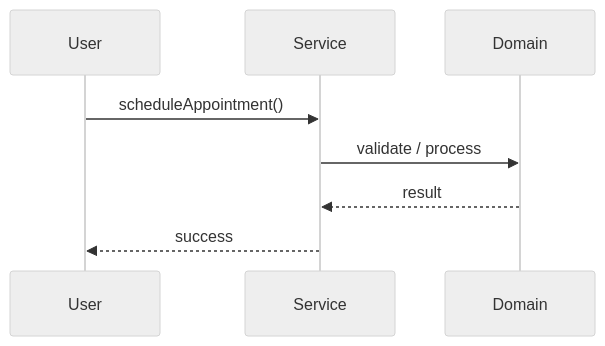
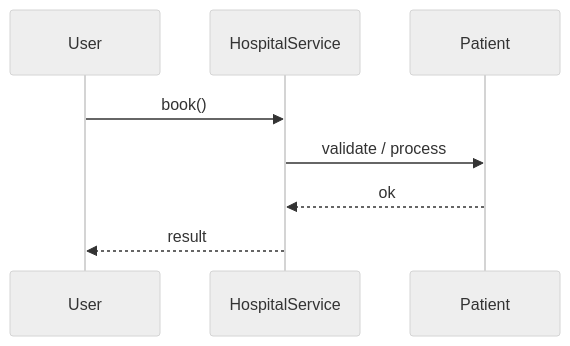
The second of 3 diagrams in Learn/System Design - Low Level Design/02-classic-ood/questions/Q35-hospital-management.md (madhupaila/Interview-Prep-SSE), drawn with Mermaid (neutral theme) before and after one commit. The commit also changed other lines of this file and 491 other files, not shown here.

````diff
--- a/Learn/System Design - Low Level Design/02-classic-ood/questions/Q35-hospital-management.md
+++ b/Learn/System Design - Low Level Design/02-classic-ood/questions/Q35-hospital-management.md
@@ -122,10 +152,10 @@
 ```mermaid
 sequenceDiagram
-    participant U as User
-    participant S as Service
-    participant D as Domain
-    U->>S: scheduleAppointment()
-    S->>D: validate / process
-    D-->>S: result
-    S-->>U: success
+participant U as User
+participant S as HospitalService
+participant D as Patient
+U->>S: book()
+S->>D: validate / process
+D-->>S: ok
+S-->>U: result
 ```
````
